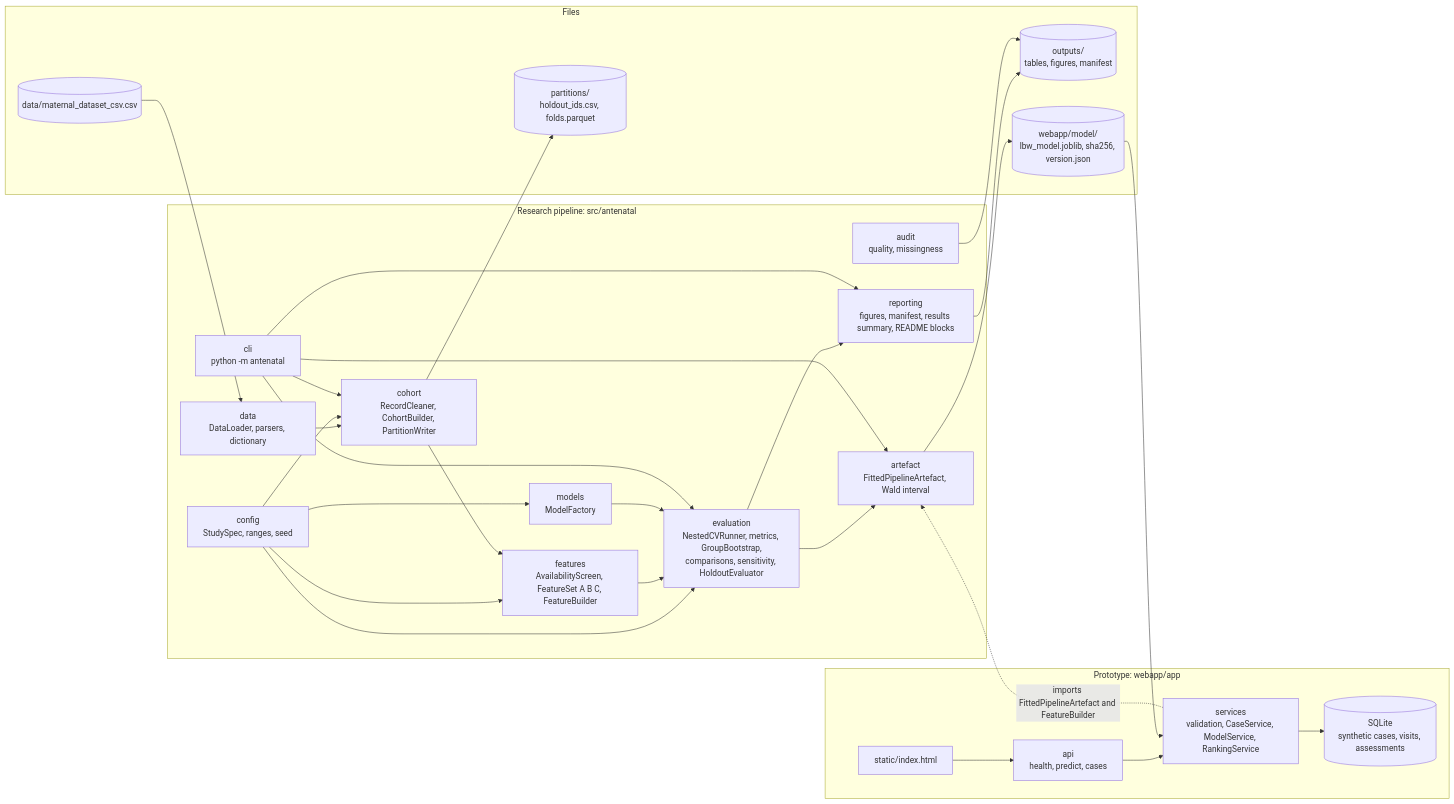
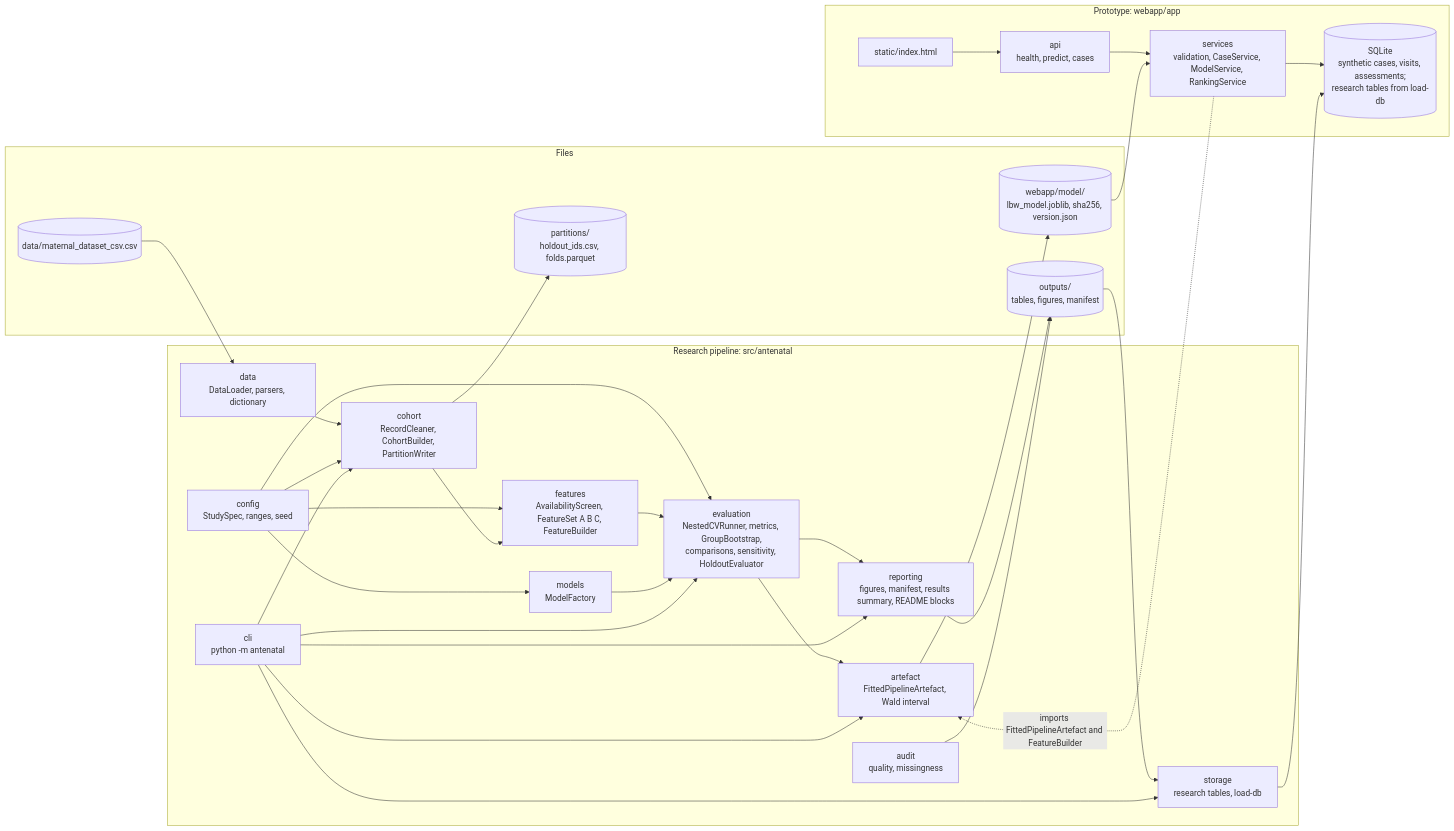
Before and after one commit to Kelvin364/Antanental_risk_model: the first of 3 diagrams in docs/ARCHITECTURE.md, drawn with Mermaid. The commit also changed other lines of this file and 6 other files, not shown here.

First line of the commit message:
Store the research data model in SQLite with a load-db command (Section 3.4.4)

````diff
--- a/docs/ARCHITECTURE.md
+++ b/docs/ARCHITECTURE.md
@@ -12,41 +12,44 @@
 ```mermaid
 flowchart LR
     subgraph pipeline["Research pipeline: src/antenatal"]
         config["config<br/>StudySpec, ranges, seed"]
         data["data<br/>DataLoader, parsers, dictionary"]
         audit["audit<br/>quality, missingness"]
         cohort["cohort<br/>RecordCleaner, CohortBuilder, PartitionWriter"]
         features["features<br/>AvailabilityScreen, FeatureSet A B C, FeatureBuilder"]
         models["models<br/>ModelFactory"]
         evaluation["evaluation<br/>NestedCVRunner, metrics, GroupBootstrap,<br/>comparisons, sensitivity, HoldoutEvaluator"]
         artefact["artefact<br/>FittedPipelineArtefact, Wald interval"]
         reporting["reporting<br/>figures, manifest, results summary, README blocks"]
         cli["cli<br/>python -m antenatal"]
+        storage["storage<br/>research tables, load-db"]
     end
     subgraph files["Files"]
         raw[("data/maternal_dataset_csv.csv")]
         parts[("partitions/<br/>holdout_ids.csv, folds.parquet")]
         outs[("outputs/<br/>tables, figures, manifest")]
         model[("webapp/model/<br/>lbw_model.joblib, sha256, version.json")]
     end
     subgraph app["Prototype: webapp/app"]
         api["api<br/>health, predict, cases"]
         services["services<br/>validation, CaseService, ModelService, RankingService"]
-        db[("SQLite<br/>synthetic cases, visits, assessments")]
+        db[("SQLite<br/>synthetic cases, visits, assessments;<br/>research tables from load-db")]
         page["static/index.html"]
     end
 
     raw --> data --> cohort
     config --> cohort & features & models & evaluation
     cohort --> parts
     cohort --> features --> evaluation
     models --> evaluation
     evaluation --> reporting --> outs
     evaluation --> artefact --> model
     cli --> cohort & evaluation & artefact & reporting
     audit --> outs
     page --> api --> services
     services --> db
+    outs --> storage --> db
+    cli --> storage
     model --> services
     services -. "imports FittedPipelineArtefact and FeatureBuilder" .-> artefact
 ```
````
